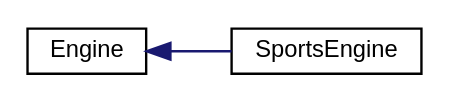
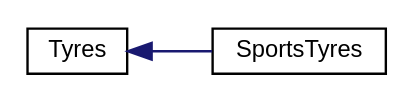
The diagram in inherit_graph_2.dot (JamesBMiddleton/DesignPatterns), drawn with Graphviz before and after one commit. The commit also changed 50 other files, not shown here.

```diff
--- a/inherit_graph_2.dot
+++ b/inherit_graph_2.dot
@@ -1,10 +1,10 @@
 digraph "Graphical Class Hierarchy"
 {
  // LATEX_PDF_SIZE
   edge [fontname="Helvetica",fontsize="10",labelfontname="Helvetica",labelfontsize="10"];
   node [fontname="Helvetica",fontsize="10",shape=record];
   rankdir="LR";
-  Node0 [label="Engine",height=0.2,width=0.4,color="black", fillcolor="white", style="filled",URL="$classEngine.html",tooltip=" "];
+  Node0 [label="Tyres",height=0.2,width=0.4,color="black", fillcolor="white", style="filled",URL="$classTyres.html",tooltip=" "];
   Node0 -> Node1 [dir="back",color="midnightblue",fontsize="10",style="solid",fontname="Helvetica"];
-  Node1 [label="SportsEngine",height=0.2,width=0.4,color="black", fillcolor="white", style="filled",URL="$classSportsEngine.html",tooltip=" "];
+  Node1 [label="SportsTyres",height=0.2,width=0.4,color="black", fillcolor="white", style="filled",URL="$classSportsTyres.html",tooltip=" "];
 }
```
